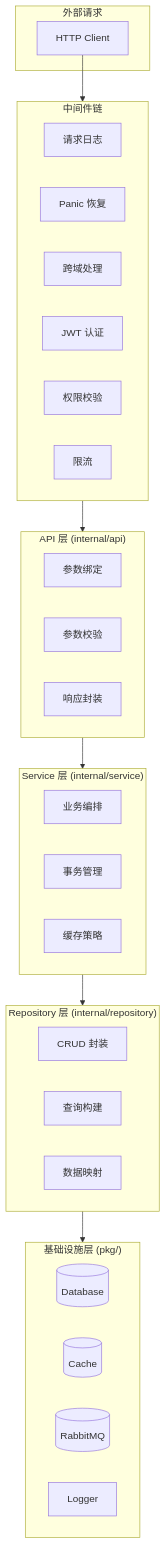
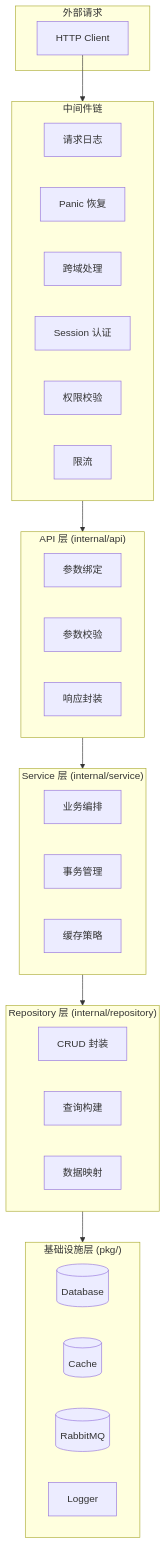
Before and after one commit to earthy-zinc/dehaze-system: the first of 9 diagrams in dehaze-doc/docs/04-项目实现/后端/02-Go架构文档.md, drawn with Mermaid. The commit also changed other lines of this file and 3 other files, not shown here.

First line of the commit message:
docs: update documents to reflect switch from JWT to Session auth

````diff
--- a/dehaze-doc/docs/04-项目实现/后端/02-Go架构文档.md
+++ b/dehaze-doc/docs/04-项目实现/后端/02-Go架构文档.md
@@ -112,47 +112,47 @@
 ```mermaid
 flowchart TB
     subgraph External["外部请求"]
         Client["HTTP Client"]
     end
 
     subgraph Middleware["中间件链"]
         direction LR
         Logger["请求日志"]
         Recovery["Panic 恢复"]
         CORS["跨域处理"]
-        JWT["JWT 认证"]
+        Session["Session 认证"]
         Permission["权限校验"]
         RateLimit["限流"]
     end
 
     subgraph API["API 层 (internal/api)"]
         direction LR
         A1["参数绑定"]
         A2["参数校验"]
         A3["响应封装"]
     end
 
     subgraph Service["Service 层 (internal/service)"]
         direction LR
         S1["业务编排"]
         S2["事务管理"]
         S3["缓存策略"]
     end
 
     subgraph Repository["Repository 层 (internal/repository)"]
         direction LR
         R1["CRUD 封装"]
         R2["查询构建"]
         R3["数据映射"]
     end
 
     subgraph Infrastructure["基础设施层 (pkg/)"]
         direction LR
         DB[("Database")]
         Cache[("Cache")]
         MQ[("RabbitMQ")]
         Log["Logger"]
     end
 
     Client --> Middleware --> API --> Service --> Repository --> Infrastructure
 ```
````
